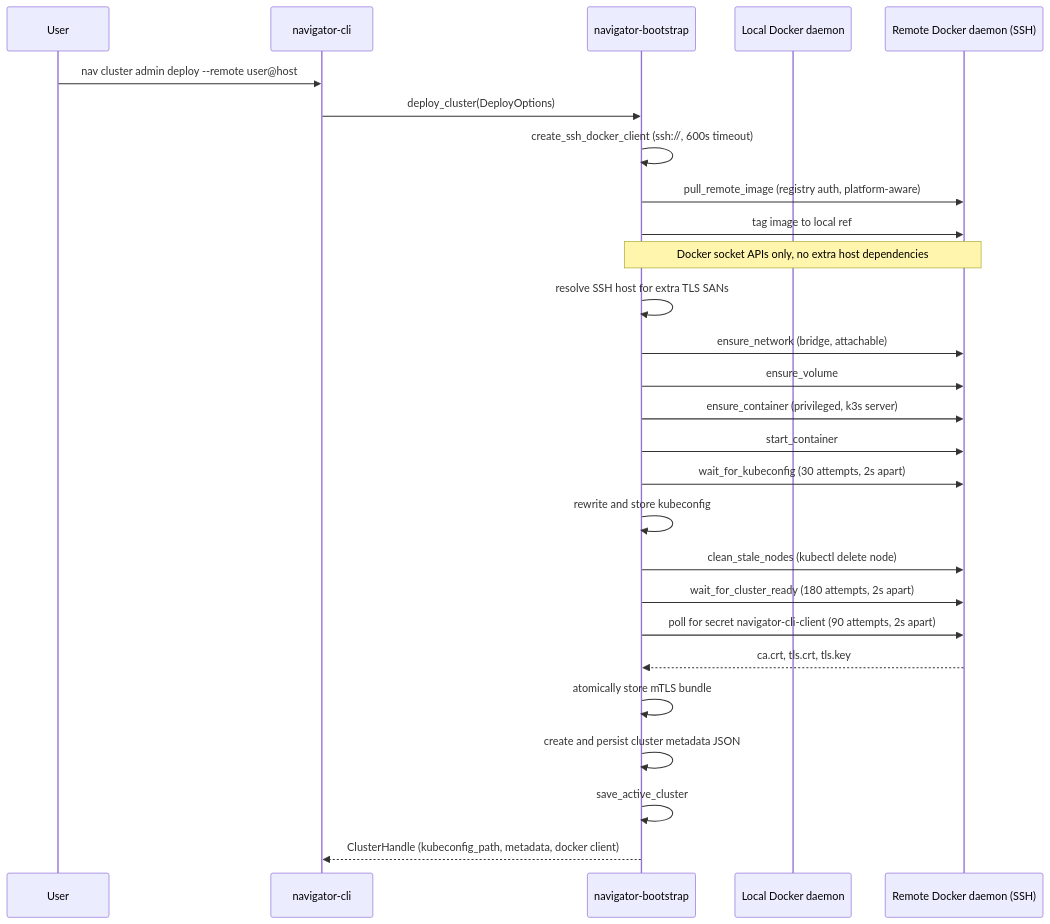
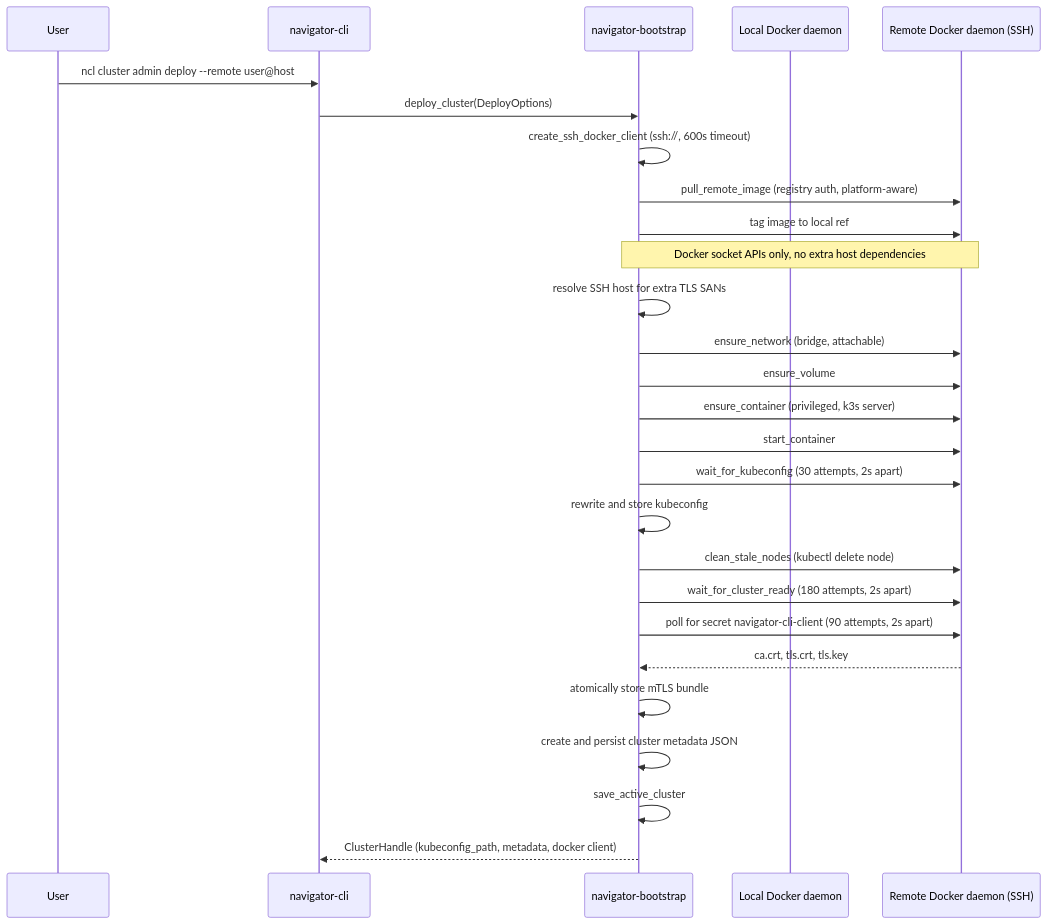
Before and after one commit to NVIDIA/OpenShell: the first of 3 diagrams in architecture/cluster-single-node.md, drawn with Mermaid. The commit also changed other lines of this file and 22 other files, not shown here.

Commit message:
chore: update SSH host prefix from ncl- to nemoclaw- and fix formatting

````diff
--- a/architecture/cluster-single-node.md
+++ b/architecture/cluster-single-node.md
@@ -72,33 +72,33 @@
 ```mermaid
 sequenceDiagram
   participant U as User
   participant C as navigator-cli
   participant B as navigator-bootstrap
   participant L as Local Docker daemon
   participant R as Remote Docker daemon (SSH)
 
-  U->>C: nav cluster admin deploy --remote user@host
+  U->>C: ncl cluster admin deploy --remote user@host
   C->>B: deploy_cluster(DeployOptions)
 
   B->>B: create_ssh_docker_client (ssh://, 600s timeout)
   B->>R: pull_remote_image (registry auth, platform-aware)
   B->>R: tag image to local ref
 
   Note over B,R: Docker socket APIs only, no extra host dependencies
 
   B->>B: resolve SSH host for extra TLS SANs
   B->>R: ensure_network (bridge, attachable)
   B->>R: ensure_volume
   B->>R: ensure_container (privileged, k3s server)
   B->>R: start_container
   B->>R: wait_for_kubeconfig (30 attempts, 2s apart)
   B->>B: rewrite and store kubeconfig
   B->>R: clean_stale_nodes (kubectl delete node)
   B->>R: wait_for_cluster_ready (180 attempts, 2s apart)
   B->>R: poll for secret navigator-cli-client (90 attempts, 2s apart)
   R-->>B: ca.crt, tls.crt, tls.key
   B->>B: atomically store mTLS bundle
   B->>B: create and persist cluster metadata JSON
   B->>B: save_active_cluster
   B-->>C: ClusterHandle (kubeconfig_path, metadata, docker client)
 ```
````
